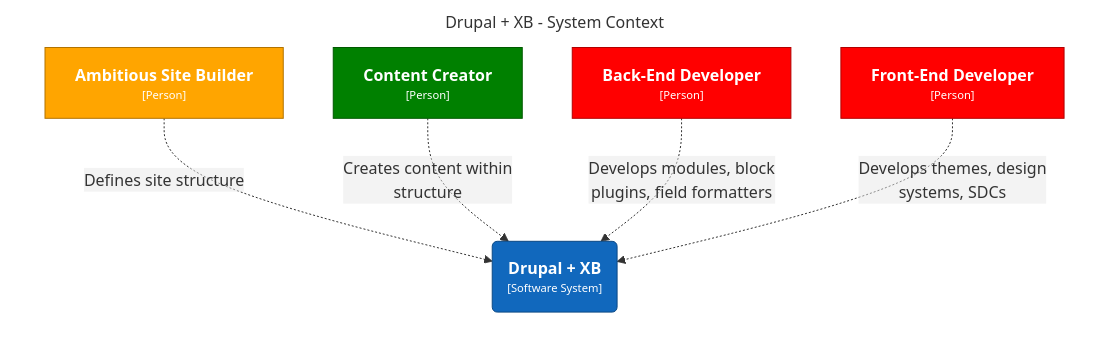
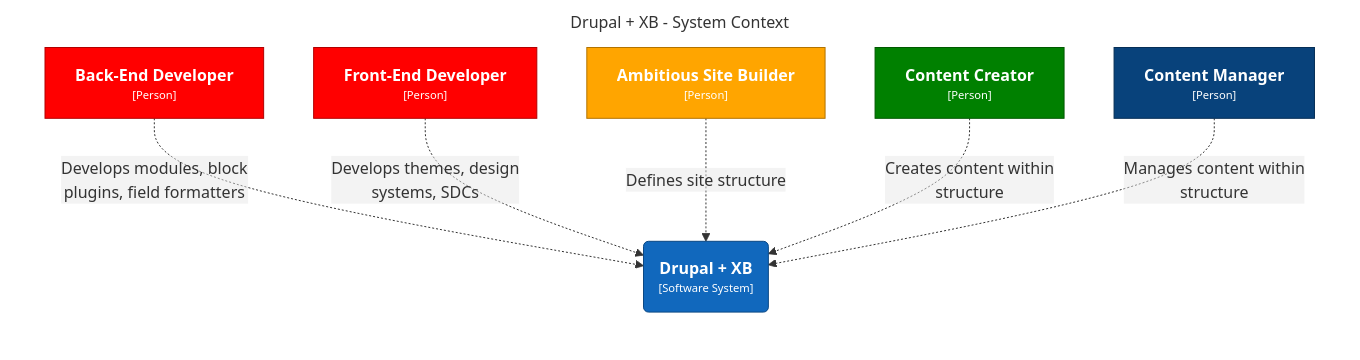
The diagram in docs/diagrams/structurizr-SystemContext-001.md (lauriii/canvas), drawn with Mermaid before and after one commit. The commit also changed 3 other files, not shown here.

````diff
--- a/docs/diagrams/structurizr-SystemContext-001.md
+++ b/docs/diagrams/structurizr-SystemContext-001.md
@@ -1,24 +1,27 @@
 ```mermaid
 graph LR
   linkStyle default fill:#ffffff
 
   subgraph diagram ["Drupal + XB - System Context"]
     style diagram fill:#ffffff,stroke:#ffffff
 
     1["<div style='font-weight: bold'>Ambitious Site Builder</div><div style='font-size: 70%; margin-top: 0px'>[Person]</div>"]
     style 1 fill:#ffa500,stroke:#b27300,color:#ffffff
     2["<div style='font-weight: bold'>Content Creator</div><div style='font-size: 70%; margin-top: 0px'>[Person]</div>"]
     style 2 fill:#008000,stroke:#005900,color:#ffffff
-    3["<div style='font-weight: bold'>Front-End Developer</div><div style='font-size: 70%; margin-top: 0px'>[Person]</div>"]
-    style 3 fill:#ff0000,stroke:#b20000,color:#ffffff
-    4["<div style='font-weight: bold'>Back-End Developer</div><div style='font-size: 70%; margin-top: 0px'>[Person]</div>"]
+    3["<div style='font-weight: bold'>Content Manager</div><div style='font-size: 70%; margin-top: 0px'>[Person]</div>"]
+    style 3 fill:#08427b,stroke:#052e56,color:#ffffff
+    4["<div style='font-weight: bold'>Front-End Developer</div><div style='font-size: 70%; margin-top: 0px'>[Person]</div>"]
     style 4 fill:#ff0000,stroke:#b20000,color:#ffffff
-    5("<div style='font-weight: bold'>Drupal + XB</div><div style='font-size: 70%; margin-top: 0px'>[Software System]</div>")
-    style 5 fill:#1168bd,stroke:#0b4884,color:#ffffff
+    5["<div style='font-weight: bold'>Back-End Developer</div><div style='font-size: 70%; margin-top: 0px'>[Person]</div>"]
+    style 5 fill:#ff0000,stroke:#b20000,color:#ffffff
+    6("<div style='font-weight: bold'>Drupal + XB</div><div style='font-size: 70%; margin-top: 0px'>[Software System]</div>")
+    style 6 fill:#1168bd,stroke:#0b4884,color:#ffffff
 
-    1-. "<div>Defines site structure</div><div style='font-size: 70%'></div>" .->5
-    2-. "<div>Creates content within<br />structure</div><div style='font-size: 70%'></div>" .->5
-    4-. "<div>Develops modules, block<br />plugins, field formatters</div><div style='font-size: 70%'></div>" .->5
-    3-. "<div>Develops themes, design<br />systems, SDCs</div><div style='font-size: 70%'></div>" .->5
+    5-. "<div>Develops modules, block<br />plugins, field formatters</div><div style='font-size: 70%'></div>" .->6
+    4-. "<div>Develops themes, design<br />systems, SDCs</div><div style='font-size: 70%'></div>" .->6
+    1-. "<div>Defines site structure</div><div style='font-size: 70%'></div>" .->6
+    2-. "<div>Creates content within<br />structure</div><div style='font-size: 70%'></div>" .->6
+    3-. "<div>Manages content within<br />structure</div><div style='font-size: 70%'></div>" .->6
   end
 ```
````
